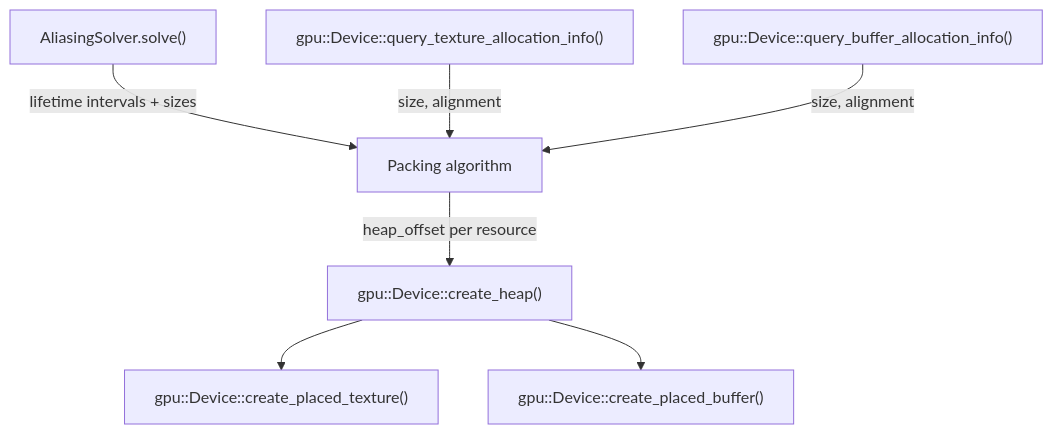
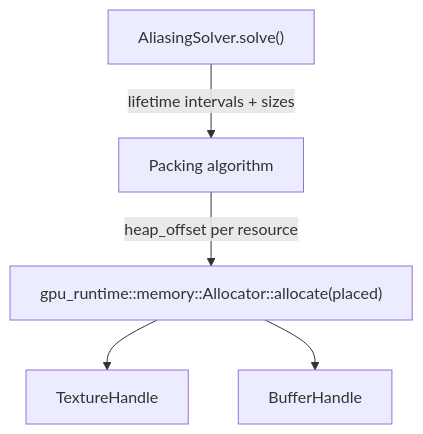
Before and after one commit to harmonius-dev/harmonius: the sixth of 10 diagrams in docs/design/render-graph-design.md, drawn with Mermaid. The commit also changed other lines of this file and 28 other files, not shown here.

First line of the commit message:
Add GPU runtime layer and remove VMA/D3D12MA dependencies

````diff
--- a/docs/design/render-graph-design.md
+++ b/docs/design/render-graph-design.md
@@ -1115,10 +1133,7 @@
 ```mermaid
 flowchart TD
     AS["AliasingSolver.solve()"] -->|"lifetime intervals + sizes"| Pack["Packing algorithm"]
-    Pack -->|"heap_offset per resource"| Heaps["gpu::Device::create_heap()"]
-    Heaps --> PT["gpu::Device::create_placed_texture()"]
-    Heaps --> PB["gpu::Device::create_placed_buffer()"]
-
-    QT["gpu::Device::query_texture_allocation_info()"] -->|"size, alignment"| Pack
-    QB["gpu::Device::query_buffer_allocation_info()"] -->|"size, alignment"| Pack
+    Pack -->|"heap_offset per resource"| Alloc["gpu_runtime::memory::Allocator::allocate(placed)"]
+    Alloc --> T["TextureHandle"]
+    Alloc --> B["BufferHandle"]
 ```
````
